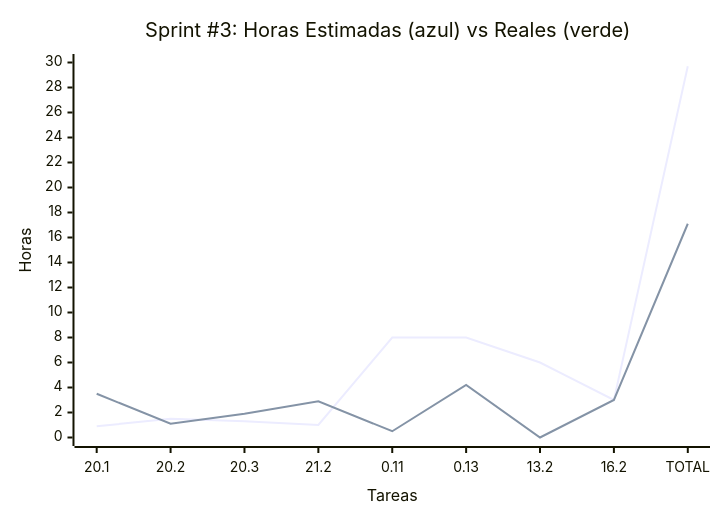
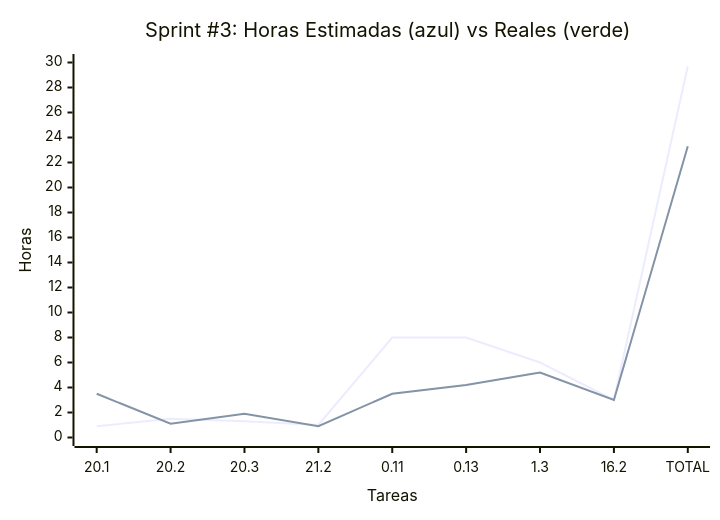
Before and after one commit to MarkMed/FleetMan: the third of 3 diagrams in docs/SprintsPlanning.md, drawn with Mermaid. The commit also changed other lines of this file, not shown here.

````diff
--- a/docs/SprintsPlanning.md
+++ b/docs/SprintsPlanning.md
@@ -141,12 +141,12 @@
 ```mermaid
 xychart-beta
     title "Sprint #3: Horas Estimadas #40;azul#41; vs Reales #40;verde#41;"
-    x-axis "Tareas" ["20.1", "20.2", "20.3", "21.2", "0.11", "0.13", "13.2", "16.2", "TOTAL"]
+    x-axis "Tareas" ["20.1", "20.2", "20.3", "21.2", "0.11", "0.13", "1.3", "16.2", "TOTAL"]
     y-axis "Horas" 0 --> 30
 	
 	%% Green line
     line [0.9, 1.5, 1.3, 1, 8, 8, 6, 3, 29.7]
 
 	%% Black line
-    line [3.5, 1.1, 1.9, 2.9, 0.5, 4.2, 0, 3, 17.1]
+    line [3.5, 1.1, 1.9, 0.9, 3.5, 4.2, 5.2, 3, 23.3]
 ```
````
